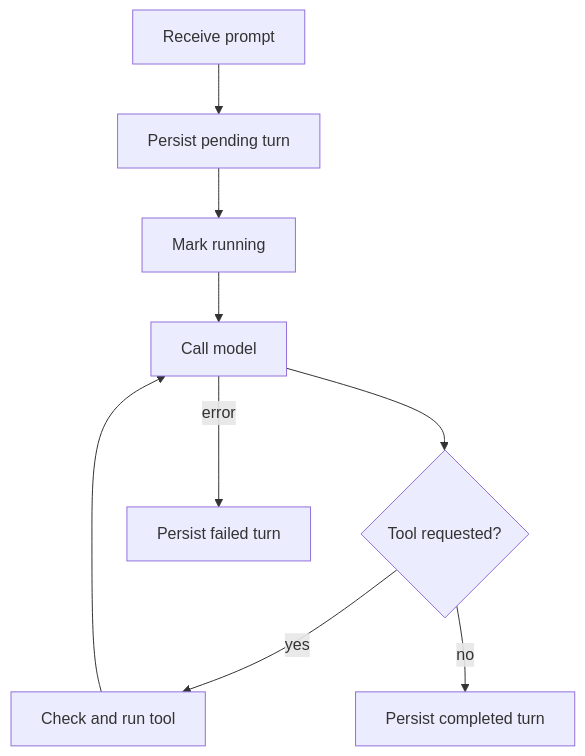
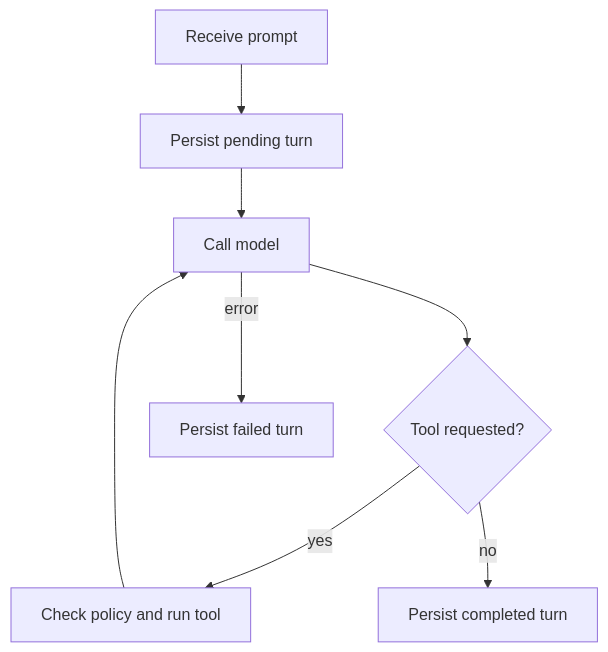
One commit to agentty-xyz/agentty changed the second of 2 diagrams in docs/site/content/docs/architecture/ag-harness-design.md. Above: the diagram before and after it, drawn with Mermaid. The commit also changed other lines of this file and 2 other files, not shown here.

````diff
--- a/docs/site/content/docs/architecture/ag-harness-design.md
+++ b/docs/site/content/docs/architecture/ag-harness-design.md
@@ -272,11 +57,10 @@
 ```mermaid
 flowchart TD
     Prompt["Receive prompt"] --> Pending["Persist pending turn"]
-    Pending --> Running["Mark running"]
-    Running --> Model["Call model"]
+    Pending --> Model["Call model"]
     Model --> Tool{"Tool requested?"}
-    Tool -->|yes| Execute["Check and run tool"]
+    Tool -->|yes| Execute["Check policy and run tool"]
     Execute --> Model
     Tool -->|no| Complete["Persist completed turn"]
     Model -->|error| Failed["Persist failed turn"]
 ```
````
